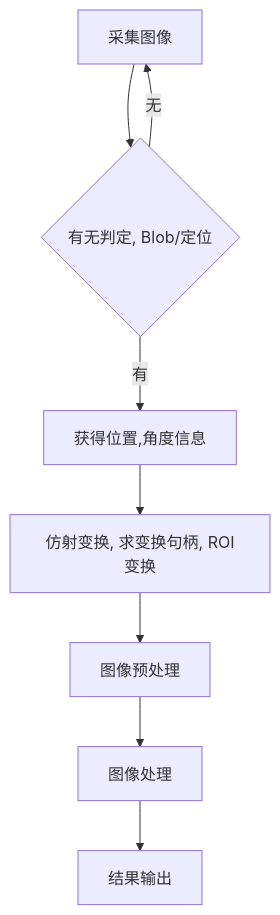
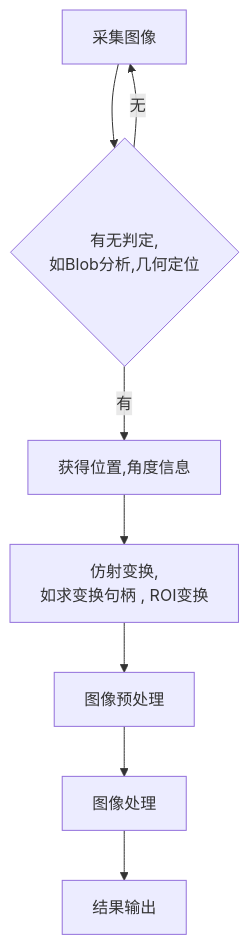
One commit to desmondlee/halcon_content changed the diagram in docs/image/procedure.md. Above: the diagram before and after it, drawn with Mermaid. The commit also changed other lines of this file and 15 other files, not shown here.

```diff
--- a/docs/image/procedure.md
+++ b/docs/image/procedure.md
@@ -10,11 +9,11 @@
 {{< mermaid>}}
 graph TD
 
-A[采集图像] --> B{有无判定, Blob/定位}
+A[采集图像] --> B{有无判定,<br/> 如Blob分析,几何定位}
 B --> |有| C[获得位置,角度信息]
 B --> |无| A
-C --> D[仿射变换, 求变换句柄, ROI变换]
+C --> D[仿射变换,<br/>如求变换句柄 , ROI变换]
 D --> E[图像预处理]
 E --> F[图像处理]
 F --> G[结果输出]
 {{</ mermaid>}}
```
